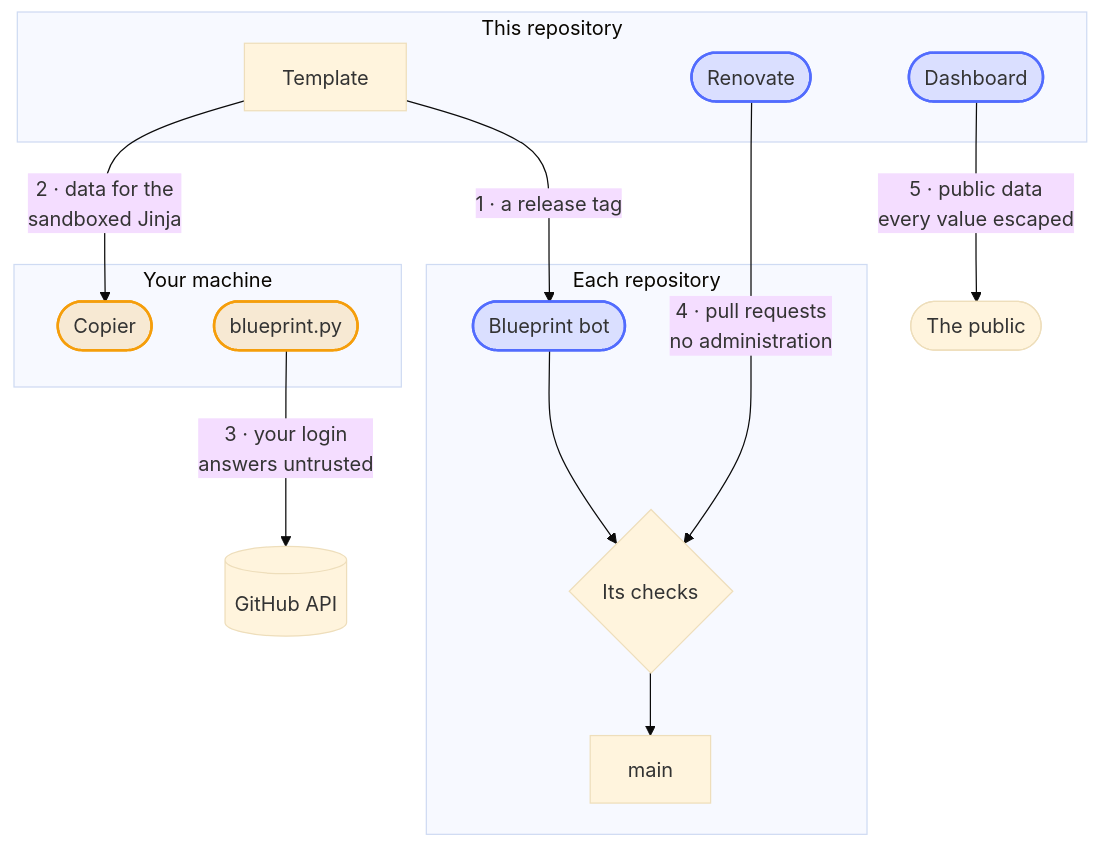
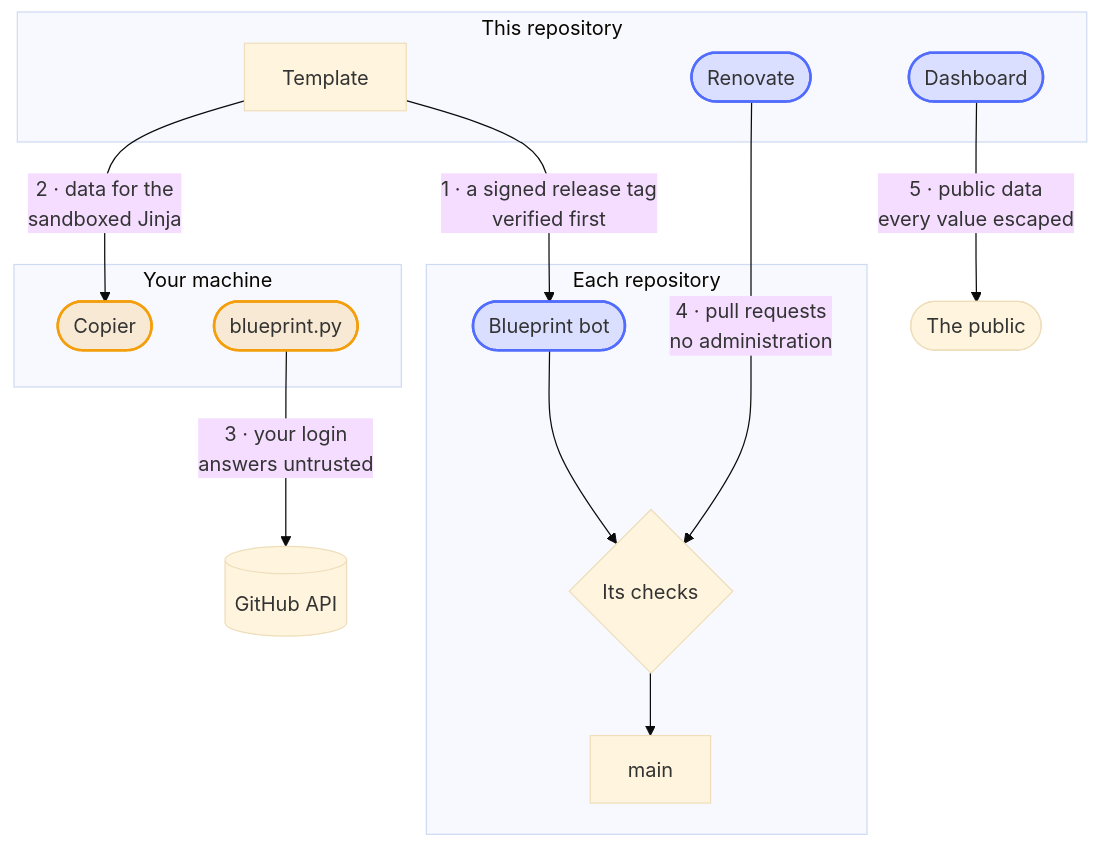
The diagram in docs/diagrams/the-trust-boundaries-of-the-blueprint.mmd (Dennis-Otto/repo-blueprint), drawn with Mermaid (base theme) before and after one commit. The commit also changed 30 other files, not shown here.

First line of the commit message:
fix(security): verify a blueprint release before updating to it, and let only the release app create release tags (#186)

```diff
--- a/docs/diagrams/the-trust-boundaries-of-the-blueprint.mmd
+++ b/docs/diagrams/the-trust-boundaries-of-the-blueprint.mmd
@@ -1,39 +1,39 @@
 ---
 config:
   flowchart:
     wrappingWidth: 400
 ---
 flowchart TB
     accTitle: The trust boundaries of the blueprint
-    accDescr: Five boundaries. 1, this repository to every repository made from it, through the blueprint bot and the checks of each repository. 2, the template to Copier on your machine, as data for its sandboxed Jinja. 3, blueprint.py to GitHub, with the login of whoever starts it, reading every answer as untrusted. 4, Renovate to every repository, through pull requests without administration. 5, the dashboard to the public, with every value escaped.
+    accDescr: Five boundaries. 1, this repository to every repository made from it, through a release that the blueprint bot of each repository verifies and the checks of that repository. 2, the template to Copier on your machine, as data for its sandboxed Jinja. 3, blueprint.py to GitHub, with the login of whoever starts it, reading every answer as untrusted. 4, Renovate to every repository, through pull requests without administration. 5, the dashboard to the public, with every value escaped.
 
     subgraph blueprint ["This repository"]
         template["Template"]
         renovate(["Renovate"])
         dashboard(["Dashboard"])
     end
 
     subgraph machine ["Your machine"]
         copier(["Copier"])
         tool(["blueprint.py"])
     end
 
     subgraph repos ["Each repository"]
         updater(["Blueprint bot"])
         checks{"Its checks"}
         main["main"]
     end
 
     github[("GitHub API")]
     public(["The public"])
 
     template -- "2 · data for the<br>sandboxed Jinja" --> copier
-    template -- "1 · a release tag" --> updater --> checks --> main
+    template -- "1 · a signed release tag<br>verified first" --> updater --> checks --> main
     renovate -- "4 · pull requests<br>no administration" --> checks
     tool -- "3 · your login<br>answers untrusted" --> github
     dashboard -- "5 · public data<br>every value escaped" --> public
 
     classDef bot fill:#526cfe2e,stroke:#526cfe,stroke-width:2px
     classDef person fill:#f59e0b2e,stroke:#f59e0b,stroke-width:2px
     class renovate,updater,dashboard bot
     class copier,tool person
```
